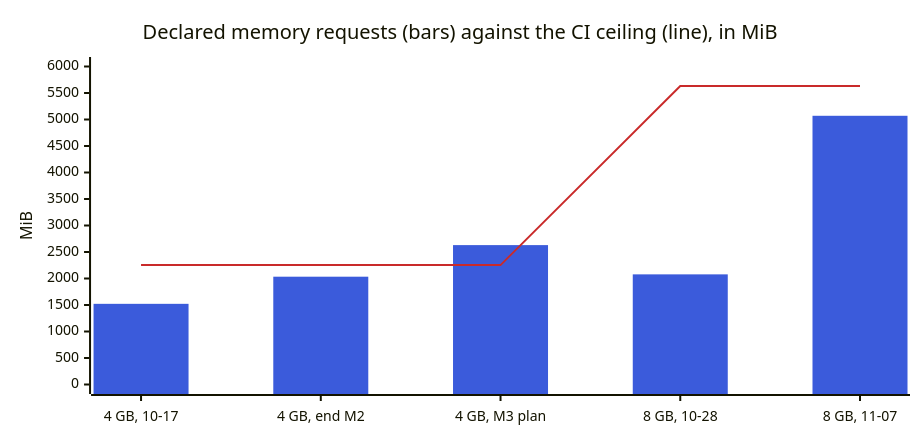
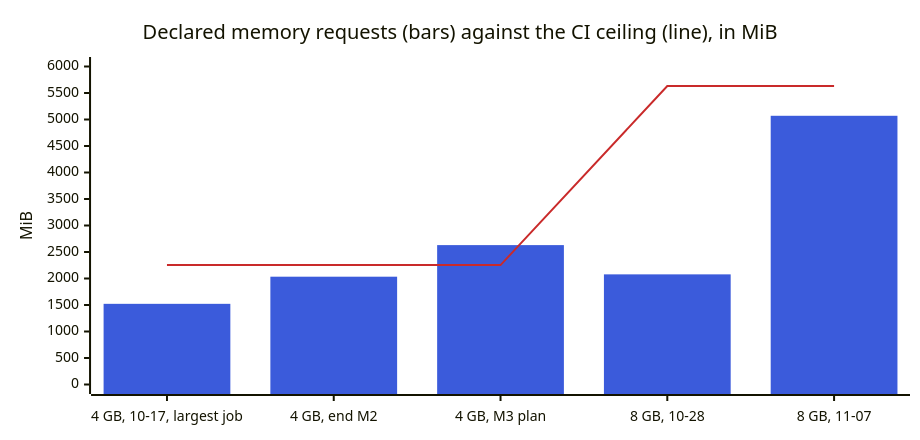
One commit to FilipeFantini/ofantini.com changed the diagram in src/content/diagrams/infrastructure-memory-budget.mmd. Above: the diagram before and after it, drawn with Mermaid. The commit also changed 7 other files, not shown here.

```diff
--- a/src/content/diagrams/infrastructure-memory-budget.mmd
+++ b/src/content/diagrams/infrastructure-memory-budget.mmd
@@ -1,15 +1,15 @@
 ---
 config:
   themeVariables:
     xyChart:
       plotColorPalette: "#3b5bdb, #c92a2a"
   xyChart:
     width: 900
     height: 420
 ---
 xychart-beta
     title "Declared memory requests (bars) against the CI ceiling (line), in MiB"
-    x-axis ["4 GB, 10-17", "4 GB, end M2", "4 GB, M3 plan", "8 GB, 10-28", "8 GB, 11-07"]
+    x-axis ["4 GB, 10-17, largest job", "4 GB, end M2", "4 GB, M3 plan", "8 GB, 10-28", "8 GB, 11-07"]
     y-axis "MiB" 0 --> 6000
     bar [1522, 2034, 2630, 2078, 5070]
     line [2253, 2253, 2253, 5632, 5632]
```
